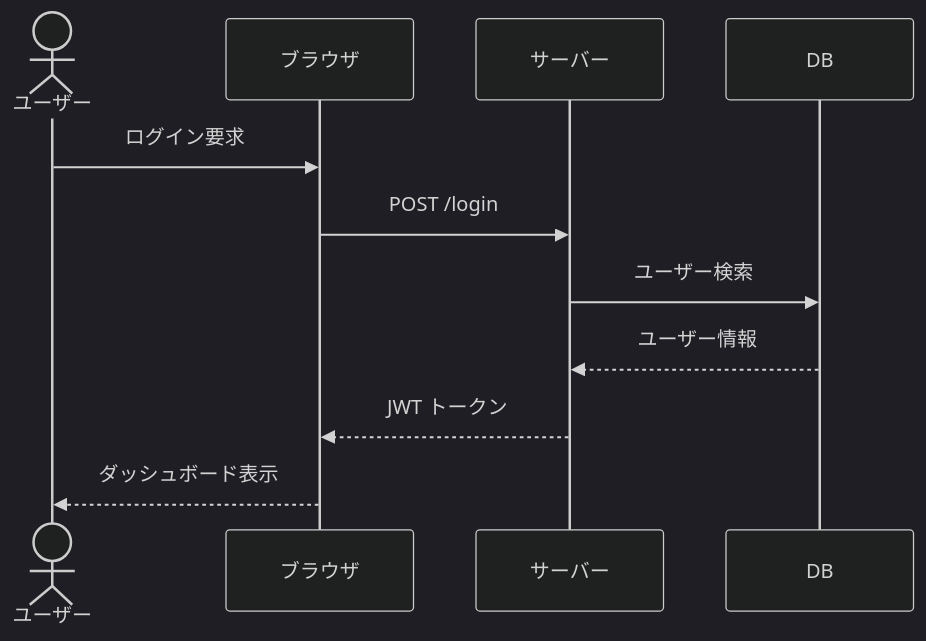
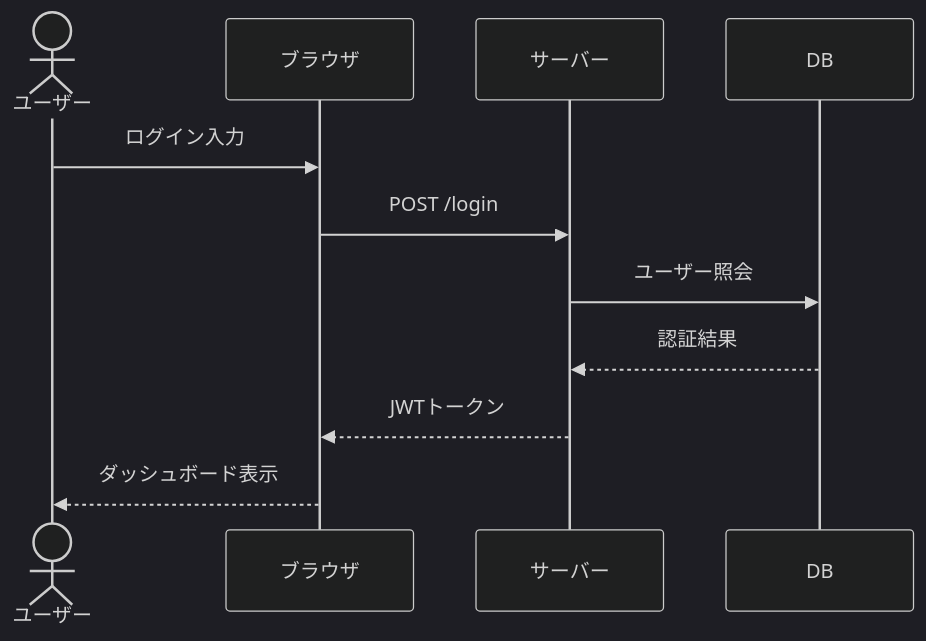
One commit to nanmotsu/doc-schema changed the second of 2 diagrams in 999_利用ガイド/変換サンプル/sample.md. Above: the diagram before and after it, drawn with Mermaid (dark theme). The commit also changed other lines of this file and 22 other files, not shown here.

````diff
--- a/999_利用ガイド/変換サンプル/sample.md
+++ b/999_利用ガイド/変換サンプル/sample.md
@@ -141,13 +113,13 @@
 ```mermaid
 sequenceDiagram
     actor ユーザー
     participant ブラウザ
     participant サーバー
     participant DB
-    ユーザー->>ブラウザ: ログイン要求
+    ユーザー->>ブラウザ: ログイン入力
     ブラウザ->>サーバー: POST /login
-    サーバー->>DB: ユーザー検索
-    DB-->>サーバー: ユーザー情報
-    サーバー-->>ブラウザ: JWT トークン
+    サーバー->>DB: ユーザー照会
+    DB-->>サーバー: 認証結果
+    サーバー-->>ブラウザ: JWTトークン
     ブラウザ-->>ユーザー: ダッシュボード表示
 ```
````
